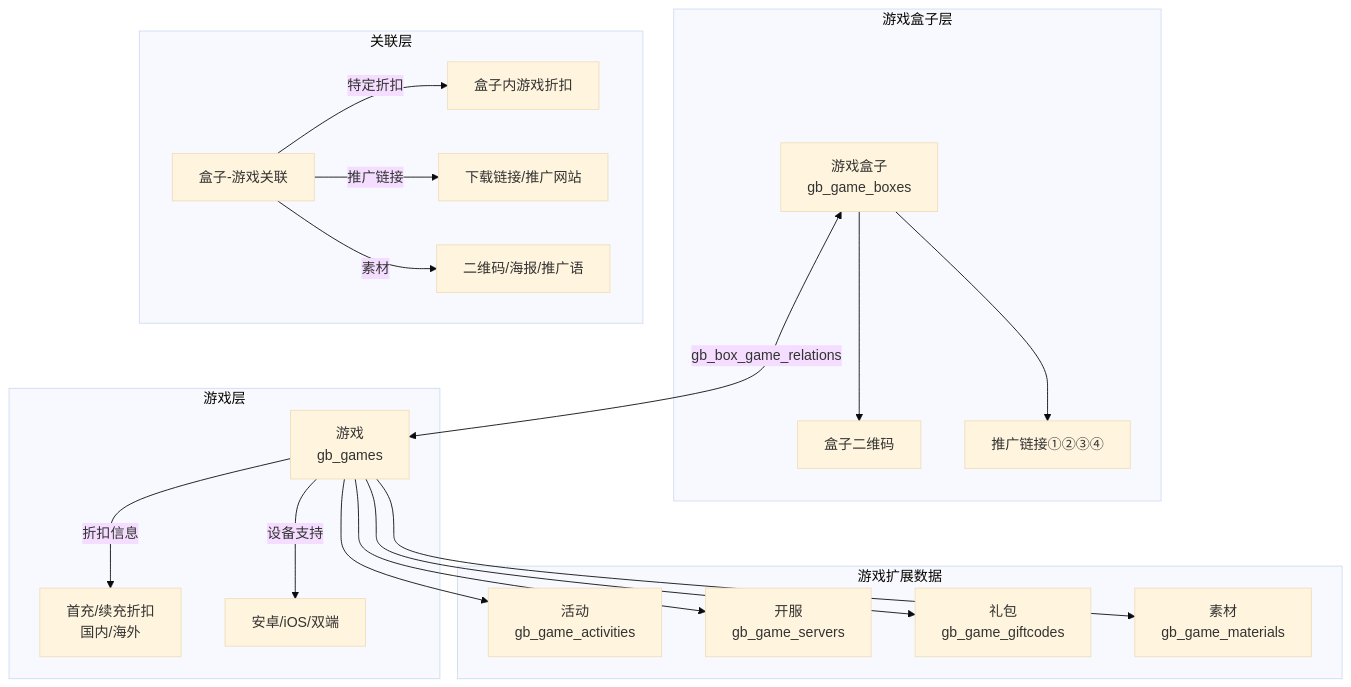
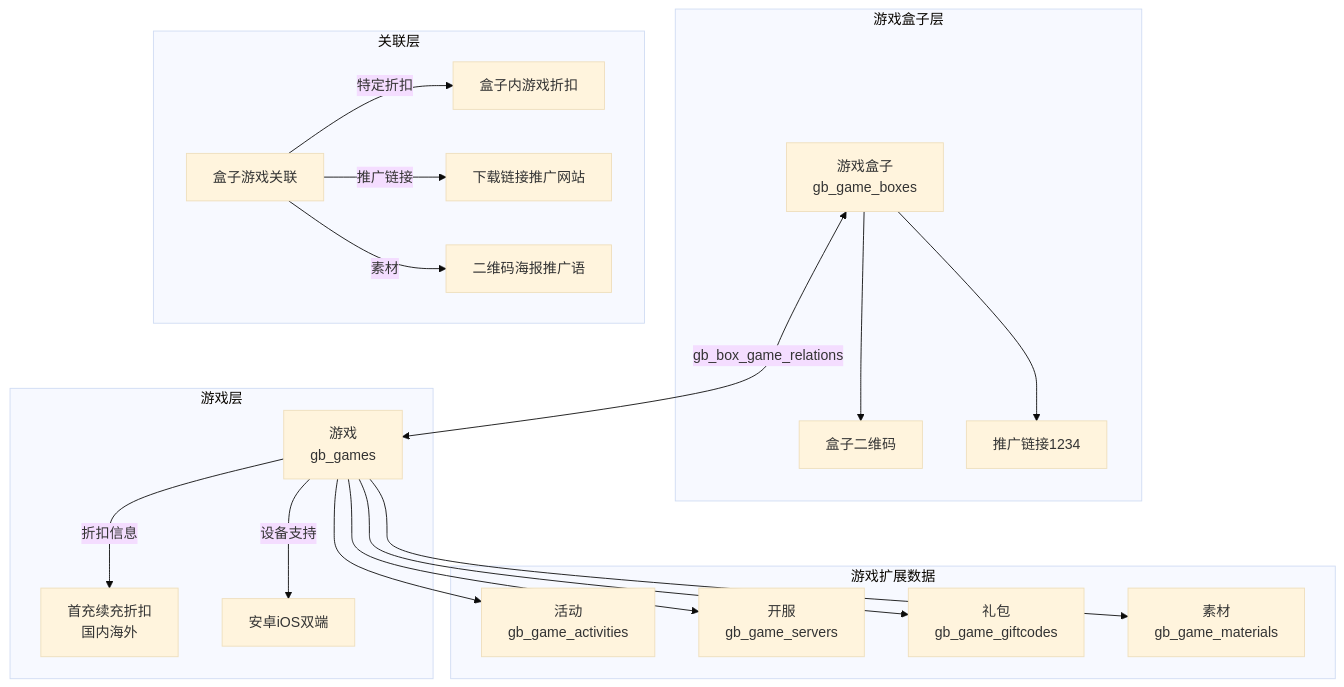
Before and after one commit to MisinGuo/game-box-web: the third of 8 diagrams in docs/数据库设计文档.md, drawn with Mermaid (base theme). The commit also changed other lines of this file and 4 other files, not shown here.

````diff
--- a/docs/数据库设计文档.md
+++ b/docs/数据库设计文档.md
@@ -119,32 +119,32 @@
 ```mermaid
 flowchart TB
     subgraph 游戏盒子层
         BOX[游戏盒子<br/>gb_game_boxes]
         BOX_QR[盒子二维码]
-        BOX_LINK[推广链接①②③④]
+        BOX_LINK[推广链接1234]
     end
     
     subgraph 游戏层
         GAME[游戏<br/>gb_games]
-        GAME --> |折扣信息| DISCOUNT[首充/续充折扣<br/>国内/海外]
-        GAME --> |设备支持| DEVICE[安卓/iOS/双端]
+        GAME --> |折扣信息| DISCOUNT[首充续充折扣<br/>国内海外]
+        GAME --> |设备支持| DEVICE[安卓iOS双端]
     end
     
     subgraph 游戏扩展数据
         GAME --> ACTIVITY[活动<br/>gb_game_activities]
         GAME --> SERVER[开服<br/>gb_game_servers]
         GAME --> GIFTCODE[礼包<br/>gb_game_giftcodes]
         GAME --> MATERIAL[素材<br/>gb_game_materials]
     end
     
     subgraph 关联层
         BOX <-->|gb_box_game_relations| GAME
-        REL[盒子-游戏关联]
+        REL[盒子游戏关联]
         REL --> |特定折扣| SPEC_DISCOUNT[盒子内游戏折扣]
-        REL --> |推广链接| PROMO[下载链接/推广网站]
-        REL --> |素材| POSTER[二维码/海报/推广语]
+        REL --> |推广链接| PROMO[下载链接推广网站]
+        REL --> |素材| POSTER[二维码海报推广语]
     end
     
     BOX --> BOX_QR
     BOX --> BOX_LINK
 ```
````
